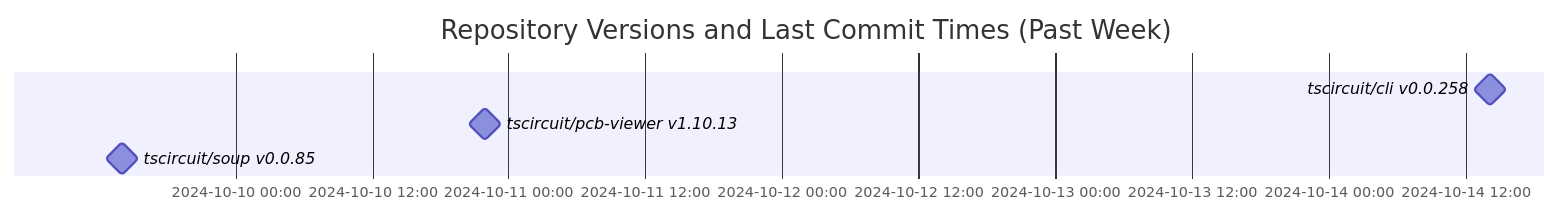
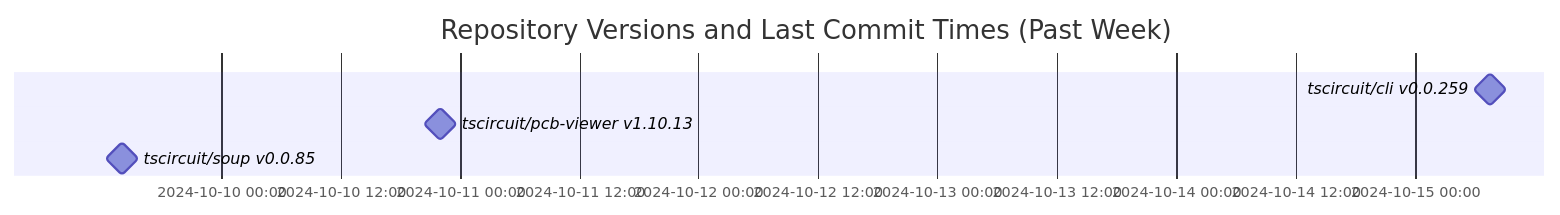
The diagram in README.md (tscircuit/version-tracker), drawn with Mermaid before and after one commit.

Commit message:
Update chart

````diff
--- a/README.md
+++ b/README.md
@@ -1,10 +1,10 @@
 ```mermaid
 gantt
   dateFormat  YYYY-MM-DD HH:mm:ss
   title Repository Versions and Last Commit Times (Past Week)
   axisFormat %Y-%m-%d %H:%M
 
-  tscircuit/cli v0.0.258 : milestone, 2024-10-14 14:12:17, 1s
+  tscircuit/cli v0.0.259 : milestone, 2024-10-15 07:30:31, 1s
   tscircuit/pcb-viewer v1.10.13 : milestone, 2024-10-10 21:59:08, 1s
   tscircuit/soup v0.0.85 : milestone, 2024-10-09 14:03:06, 1s
 ```
````
